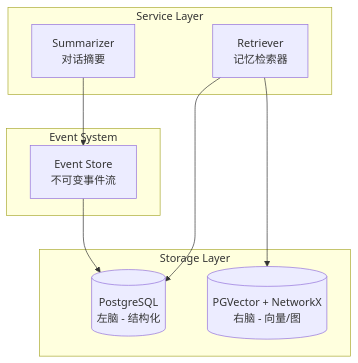
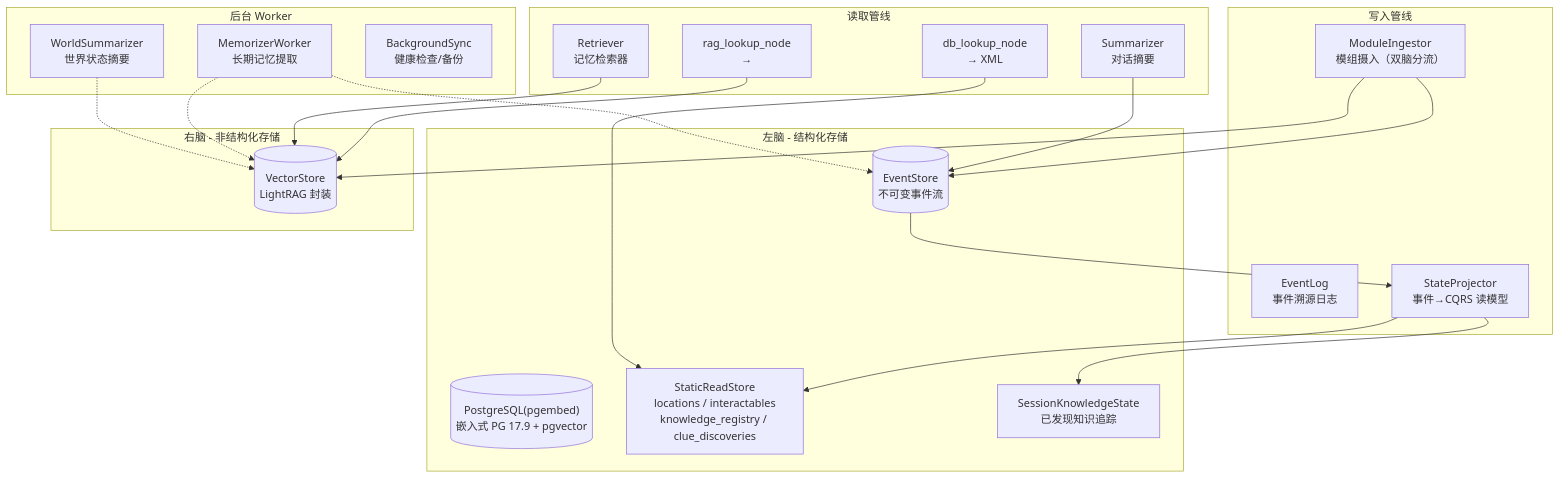
Before and after one commit to pineoncellar/glyphkeeper: the second of 2 diagrams in README.md, drawn with Mermaid. The commit also changed other lines of this file, not shown here.

````diff
--- a/README.md
+++ b/README.md
@@ -127,21 +159,45 @@
 ```mermaid
 graph TB
-    subgraph "Service Layer"
+    subgraph "写入管线"
+        Ingestion["ModuleIngestor<br/>模组摄入（双脑分流）"]
+        EventLog["EventLog<br/>事件溯源日志"]
+        Projector["StateProjector<br/>事件→CQRS 读模型"]
+    end
+
+    subgraph "左脑 - 结构化存储"
+        ES[("EventStore<br/>不可变事件流")]
+        PG[("PostgreSQL(pgembed)<br/>嵌入式 PG 17.9 + pgvector")]
+        CQRS["StaticReadStore<br/>locations / interactables<br/>knowledge_registry / clue_discoveries"]
+        SKS["SessionKnowledgeState<br/>已发现知识追踪"]
+    end
+
+    subgraph "右脑 - 非结构化存储"
+        VS[("VectorStore<br/>LightRAG 封装")]
+    end
+
+    subgraph "读取管线"
         Retriever["Retriever<br/>记忆检索器"]
         Summarizer["Summarizer<br/>对话摘要"]
+        DBLookup["db_lookup_node<br/>→ <physical_reality> XML"]
+        RAGLookup["rag_lookup_node<br/>→ <semantic_knowledge>"]
     end
 
-    subgraph "Storage Layer"
-        PG[("PostgreSQL<br/>左脑 - 结构化")]
-        VEC[("PGVector + NetworkX<br/>右脑 - 向量/图")]
+    subgraph "后台 Worker"
+        MW["MemorizerWorker<br/>长期记忆提取"]
+        WS["WorldSummarizer<br/>世界状态摘要"]
+        BS["BackgroundSync<br/>健康检查/备份"]
     end
 
-    subgraph "Event System"
-        ES["Event Store<br/>不可变事件流"]
-    end
-
-    Retriever --> PG
-    Retriever --> VEC
+    Ingestion --> ES
+    Ingestion --> VS
+    ES --> Projector
+    Projector --> CQRS
+    Projector --> SKS
+    DBLookup --> CQRS
+    RAGLookup --> VS
+    Retriever --> VS
     Summarizer --> ES
-    ES --> PG
+    MW -.-> ES
+    MW -.-> VS
+    WS -.-> VS
 ```
````
